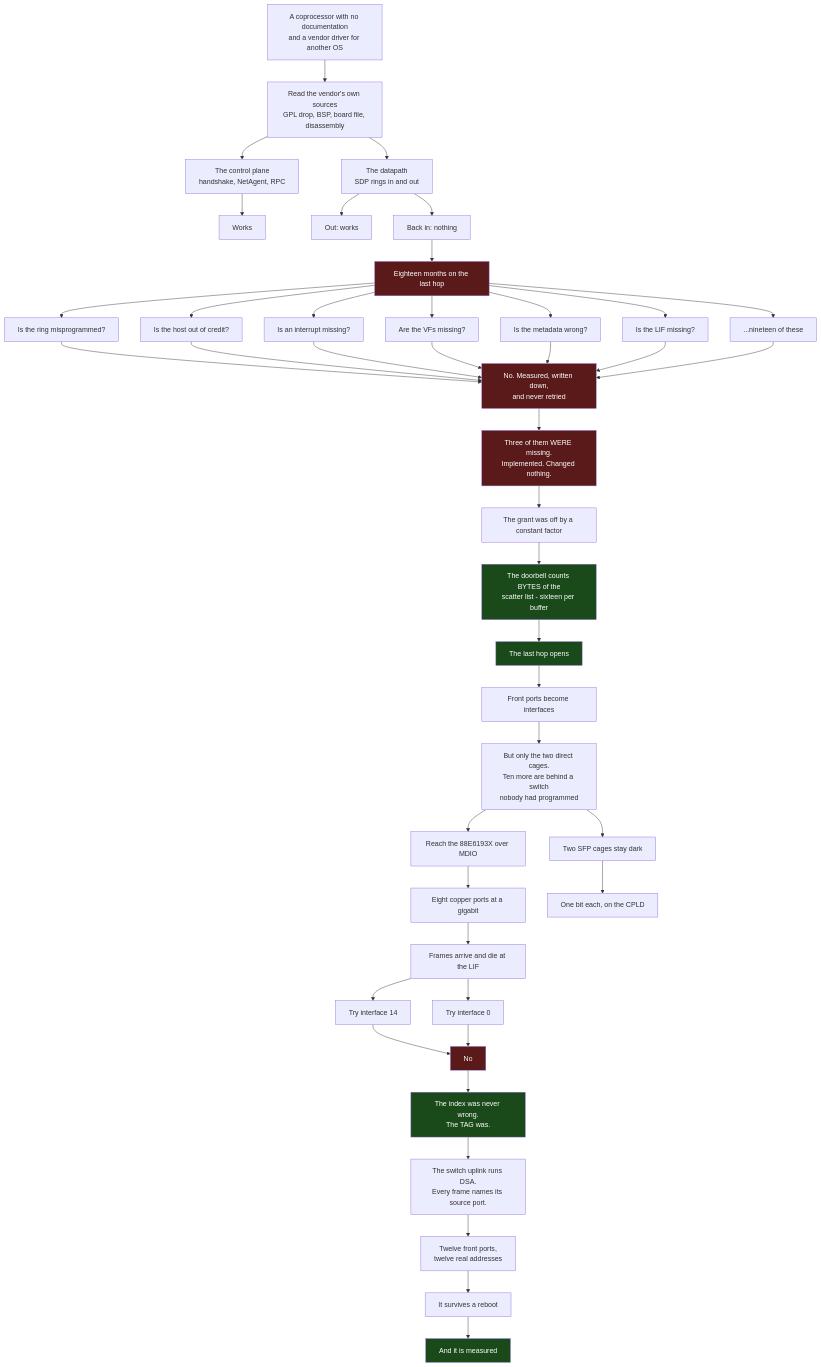
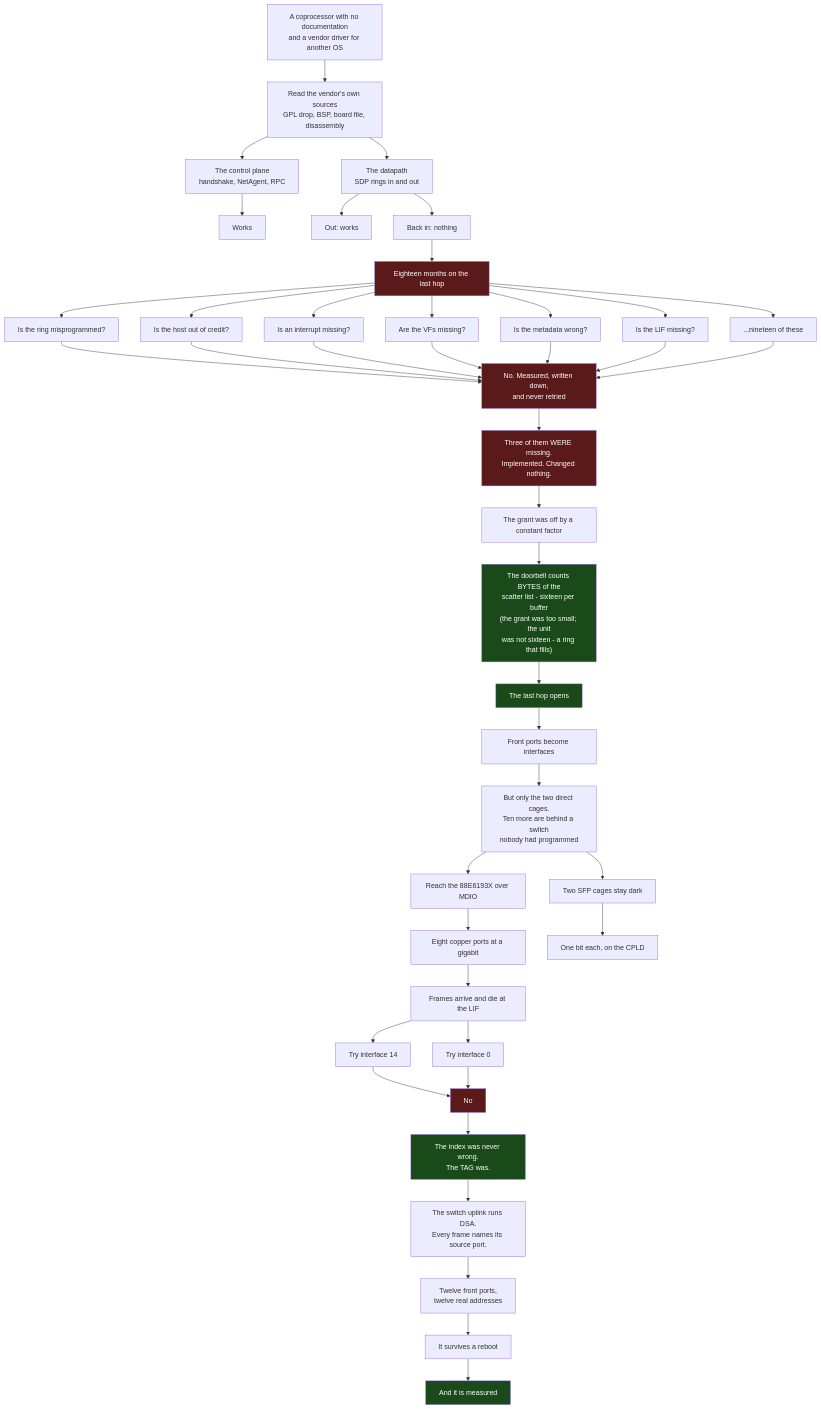
One commit to AbdelmonemAwad/os-xgs-npu changed the first of 2 diagrams in docs/the-road.md. Above: the diagram before and after it, drawn with Mermaid. The commit also changed other lines of this file and 15 other files, not shown here.

````diff
--- a/docs/the-road.md
+++ b/docs/the-road.md
@@ -58,64 +58,64 @@
 ```mermaid
 flowchart TD
     A["A coprocessor with no documentation<br/>and a vendor driver for another OS"] --> B
 
     B["Read the vendor's own sources<br/>GPL drop, BSP, board file, disassembly"] --> C
     B --> D
 
     C["The control plane<br/>handshake, NetAgent, RPC"] --> C1["Works"]
     D["The datapath<br/>SDP rings in and out"] --> D1["Out: works"]
     D --> D2["Back in: nothing"]
 
     D2 --> E["Eighteen months on the last hop"]
 
     E --> X1["Is the ring misprogrammed?"]
     E --> X2["Is the host out of credit?"]
     E --> X3["Is an interrupt missing?"]
     E --> X4["Are the VFs missing?"]
     E --> X5["Is the metadata wrong?"]
     E --> X6["Is the LIF missing?"]
     E --> X7["...nineteen of these"]
 
     X1 --> N["No. Measured, written down,<br/>and never retried"]
     X2 --> N
     X3 --> N
     X4 --> N
     X5 --> N
     X6 --> N
     X7 --> N
 
     N --> F["Three of them WERE missing.<br/>Implemented. Changed nothing."]
 
     F --> G["The grant was off by a constant factor"]
-    G --> H["The doorbell counts BYTES of the<br/>scatter list - sixteen per buffer"]
+    G --> H["The doorbell counts BYTES of the<br/>scatter list - sixteen per buffer<br/>(the grant was too small; the unit<br/>was not sixteen - a ring that fills)"]
     H --> I["The last hop opens"]
 
     I --> J["Front ports become interfaces"]
     J --> K["But only the two direct cages.<br/>Ten more are behind a switch<br/>nobody had programmed"]
 
     K --> L["Reach the 88E6193X over MDIO"]
     L --> M["Eight copper ports at a gigabit"]
     K --> O["Two SFP cages stay dark"]
     O --> P["One bit each, on the CPLD"]
 
     M --> Q["Frames arrive and die at the LIF"]
     Q --> R1["Try interface 14"]
     Q --> R2["Try interface 0"]
     R1 --> R3["No"]
     R2 --> R3
     R3 --> S["The index was never wrong.<br/>The TAG was."]
     S --> T["The switch uplink runs DSA.<br/>Every frame names its source port."]
     T --> U["Twelve front ports,<br/>twelve real addresses"]
 
     U --> V["It survives a reboot"]
     V --> W["And it is measured"]
 
     style E fill:#5a1a1a,color:#fff
     style N fill:#5a1a1a,color:#fff
     style F fill:#5a1a1a,color:#fff
     style R3 fill:#5a1a1a,color:#fff
     style H fill:#1a4a1a,color:#fff
     style S fill:#1a4a1a,color:#fff
     style I fill:#1a4a1a,color:#fff
     style W fill:#1a4a1a,color:#fff
 ```
````
